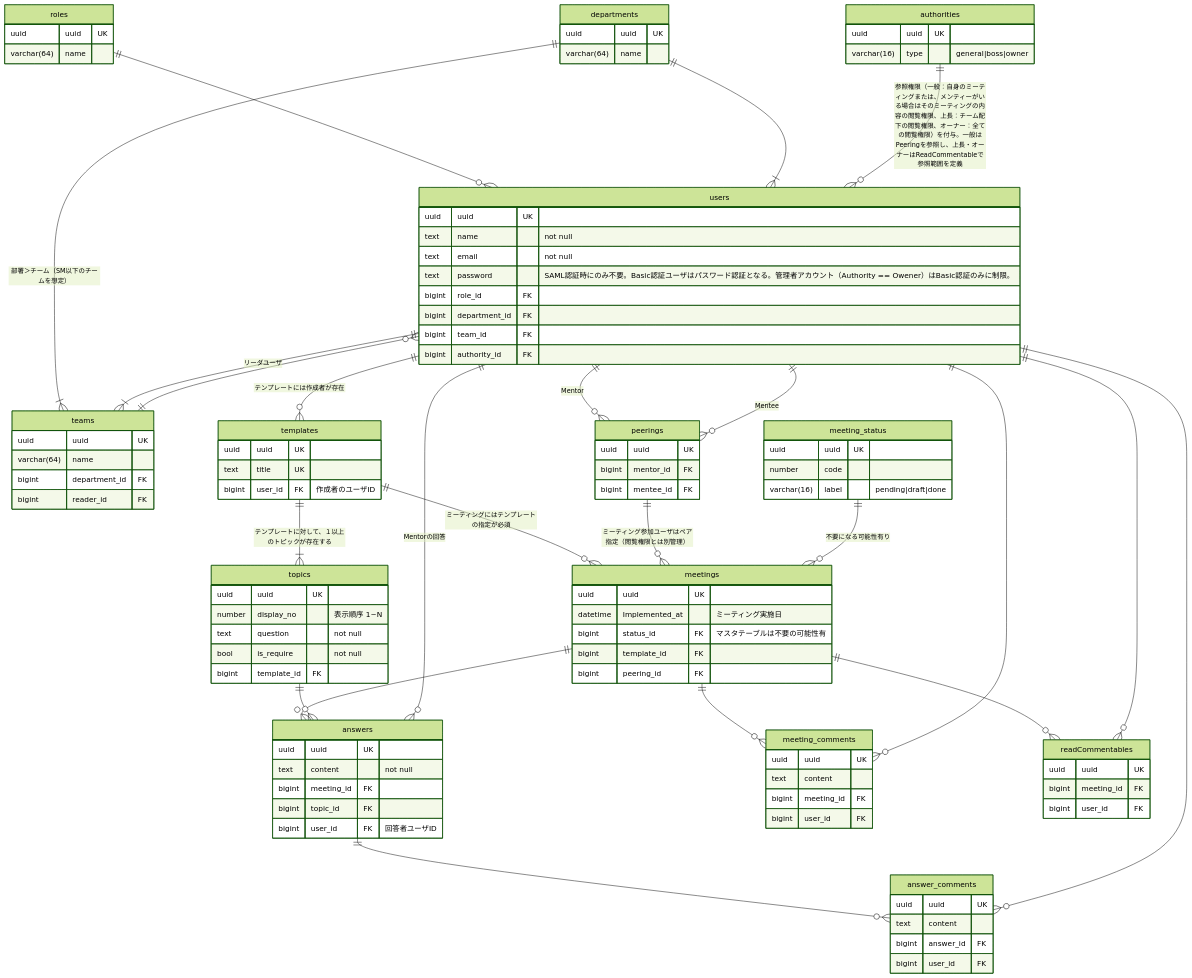
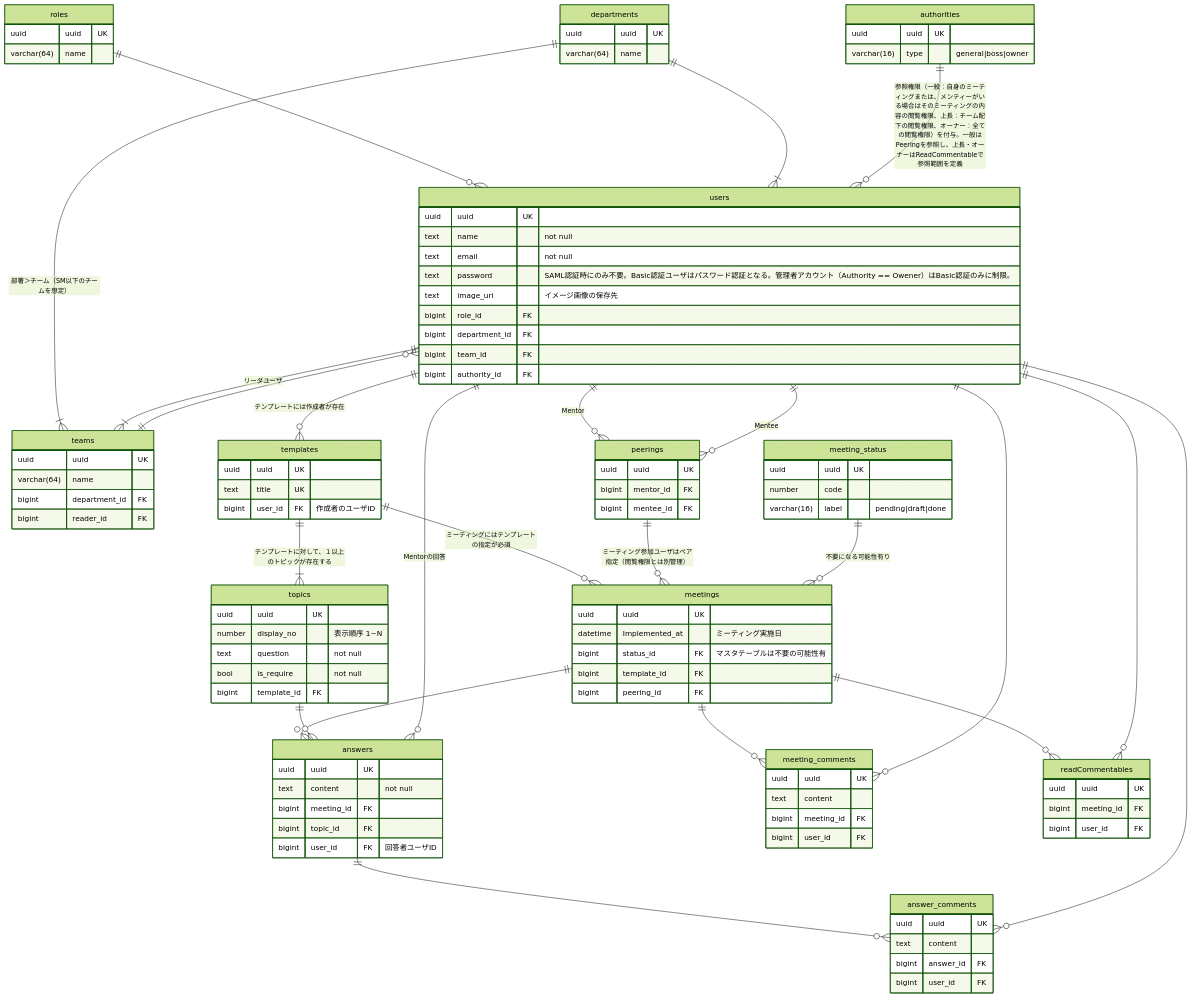
The diagram in doc/model/er.md (polarisbuds/growlink-origin), drawn with Mermaid (forest theme) before and after one commit. The commit also changed 1 other file, not shown here.

Commit message:
プロフィル用のアイコンの配置場所を作成

```diff
--- a/doc/model/er.md
+++ b/doc/model/er.md
@@ -10,6 +10,7 @@
     text name "not null"
     text email "not null"
     text password "SAML認証時にのみ不要。Basic認証ユーザはパスワード認証となる。管理者アカウント（Authority == Owener）はBasic認証のみに制限。"
+    text image_uri "イメージ画像の保存先"
 
     bigint role_id FK
     bigint department_id FK
```
